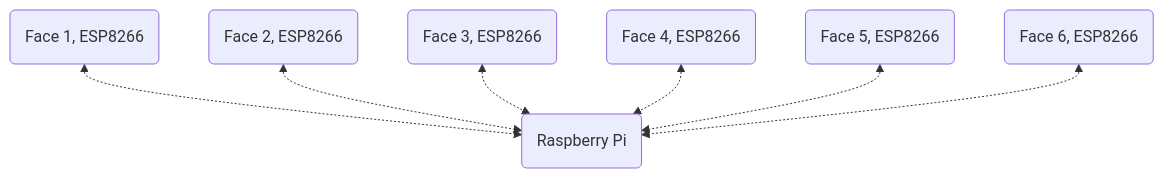
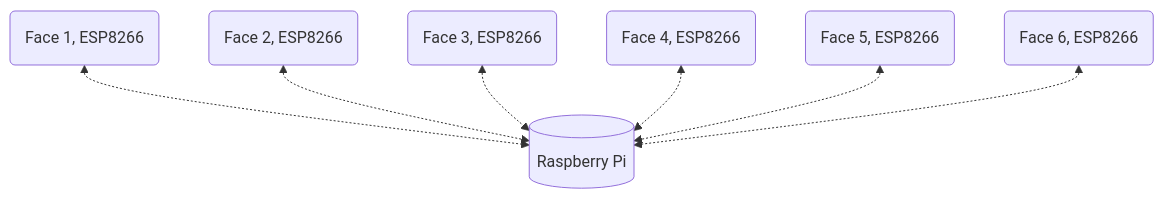
One commit to Puzzlebox-IMT/Puzzlebox changed the diagram in Documentation/Spécification_communication_faces_socle.md. Above: the diagram before and after it, drawn with Mermaid.

````diff
--- a/Documentation/Spécification_communication_faces_socle.md
+++ b/Documentation/Spécification_communication_faces_socle.md
@@ -13,10 +13,10 @@
 ```mermaid
-graph TB
-A(Raspberry Pi)
+flowchart TB
+A[(Raspberry Pi)]
 B(Face 1, ESP8266)<-.->A
 C(Face 2, ESP8266)<-.->A
 D(Face 3, ESP8266)<-.->A
 E(Face 4, ESP8266)<-.->A
 F(Face 5, ESP8266)<-.->A
 G(Face 6, ESP8266)<-.->A
 ```
````
